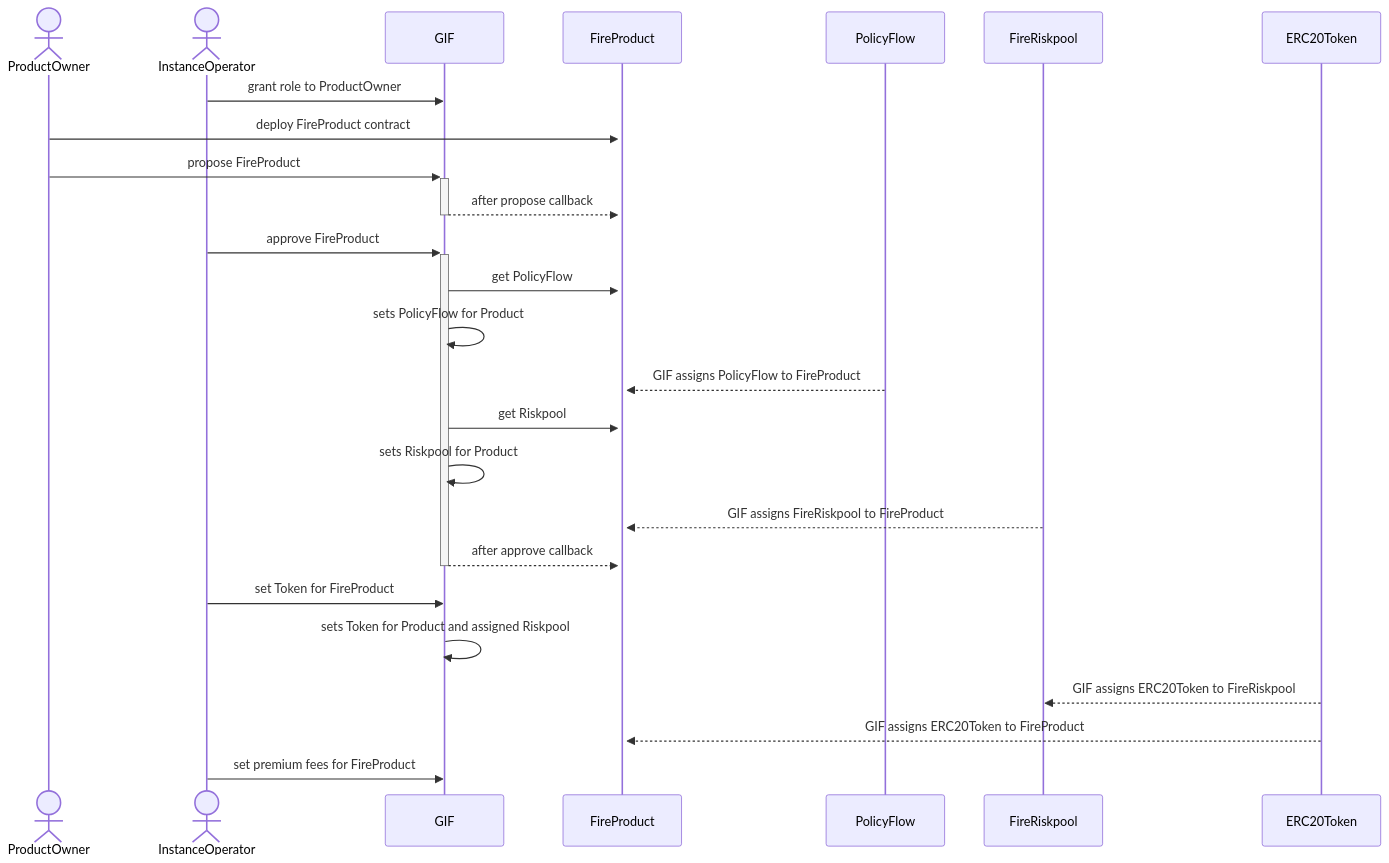
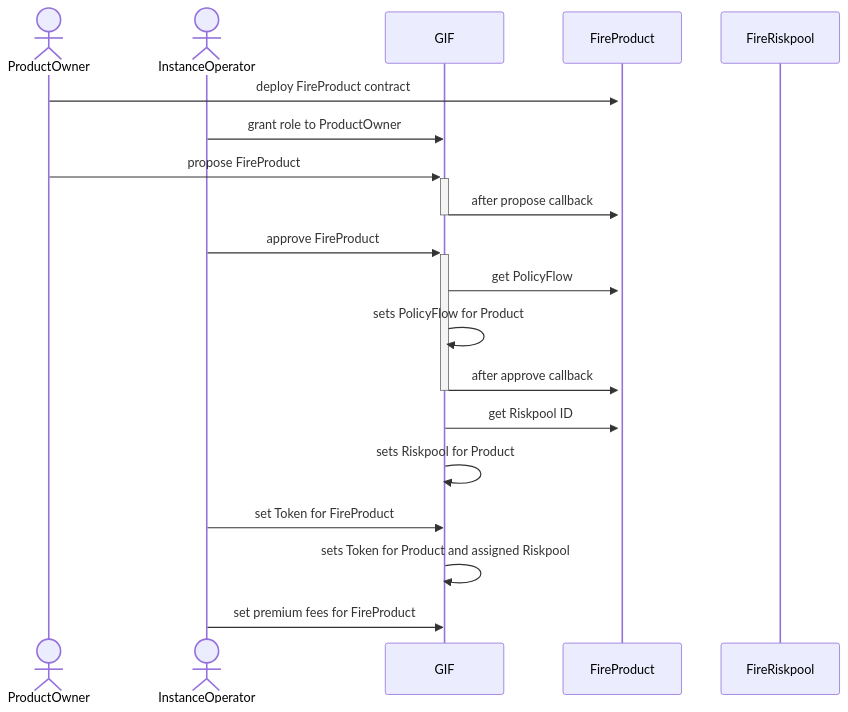
The diagram in docs/modules/ROOT/assets/images/fire_product_registration.md (etherisc/gif-sandbox), drawn with Mermaid before and after one commit.

````diff
--- a/docs/modules/ROOT/assets/images/fire_product_registration.md
+++ b/docs/modules/ROOT/assets/images/fire_product_registration.md
@@ -3,28 +3,22 @@
 ```mermaid
 sequenceDiagram
     actor PO as ProductOwner
     actor IO as InstanceOperator
     participant G as GIF
     participant P as FireProduct
-    participant F as PolicyFlow
     participant R as FireRiskpool
-    participant T as ERC20Token
     
+    PO ->>+ P: deploy FireProduct contract
     IO ->> G: grant role to ProductOwner
-    PO ->>+ P: deploy FireProduct contract
     PO ->>+ G: propose FireProduct
-    G -->>- P: after propose callback
+    G ->>- P: after propose callback
     IO ->>+ G: approve FireProduct
     G ->> P: get PolicyFlow
-    G ->> G: sets PolicyFlow for Product 
-    F -->> P: GIF assigns PolicyFlow to FireProduct 
-    G ->> P: get Riskpool
+    G ->> G: sets PolicyFlow for Product
+    G ->>- P: after approve callback
+    G ->> P: get Riskpool ID
     G ->> G: sets Riskpool for Product
-    R -->> P: GIF assigns FireRiskpool to FireProduct
-    G -->>- P: after approve callback
     IO ->> G: set Token for FireProduct
     G ->> G: sets Token for Product and assigned Riskpool
-    T -->> R: GIF assigns ERC20Token to FireRiskpool
-    T -->> P: GIF assigns ERC20Token to FireProduct
     IO ->> G: set premium fees for FireProduct
 ```
````
